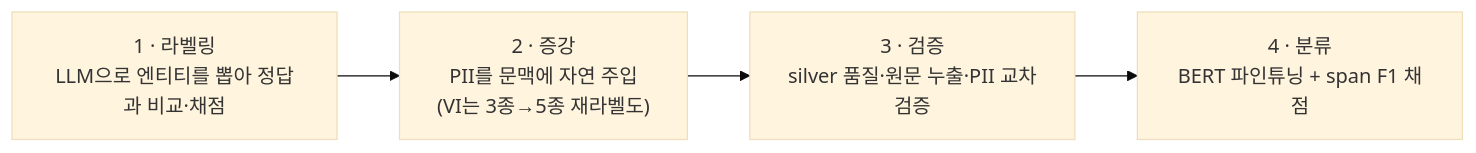
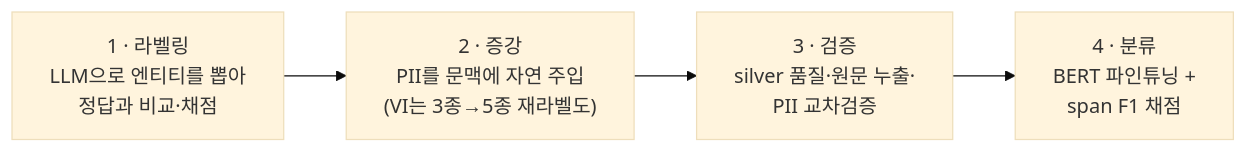
One commit to groovallstar/ner-pipeline-public changed the diagram in README.md. Above: the diagram before and after it, drawn with Mermaid (base theme). The commit also changed 7 other files, not shown here.

First line of the commit message:
docs: mermaid CJK 세로 잘림 해소 — 긴 라벨 줄바꿈

````diff
--- a/README.md
+++ b/README.md
@@ -21,6 +21,6 @@
 ```mermaid
 flowchart LR
-    L["1 · 라벨링<br/>LLM으로 엔티티를 뽑아 정답과 비교·채점"] --> A["2 · 증강<br/>PII를 문맥에 자연 주입<br/>(VI는 3종→5종 재라벨도)"]
-    A --> V["3 · 검증<br/>silver 품질·원문 누출·PII 교차검증"]
-    V --> C["4 · 분류<br/>BERT 파인튜닝 + span F1 채점"]
+    L["1 · 라벨링<br/>LLM으로 엔티티를 뽑아<br/>정답과 비교·채점"] --> A["2 · 증강<br/>PII를 문맥에 자연 주입<br/>(VI는 3종→5종 재라벨도)"]
+    A --> V["3 · 검증<br/>silver 품질·원문 누출·<br/>PII 교차검증"]
+    V --> C["4 · 분류<br/>BERT 파인튜닝 +<br/>span F1 채점"]
 ```
````
